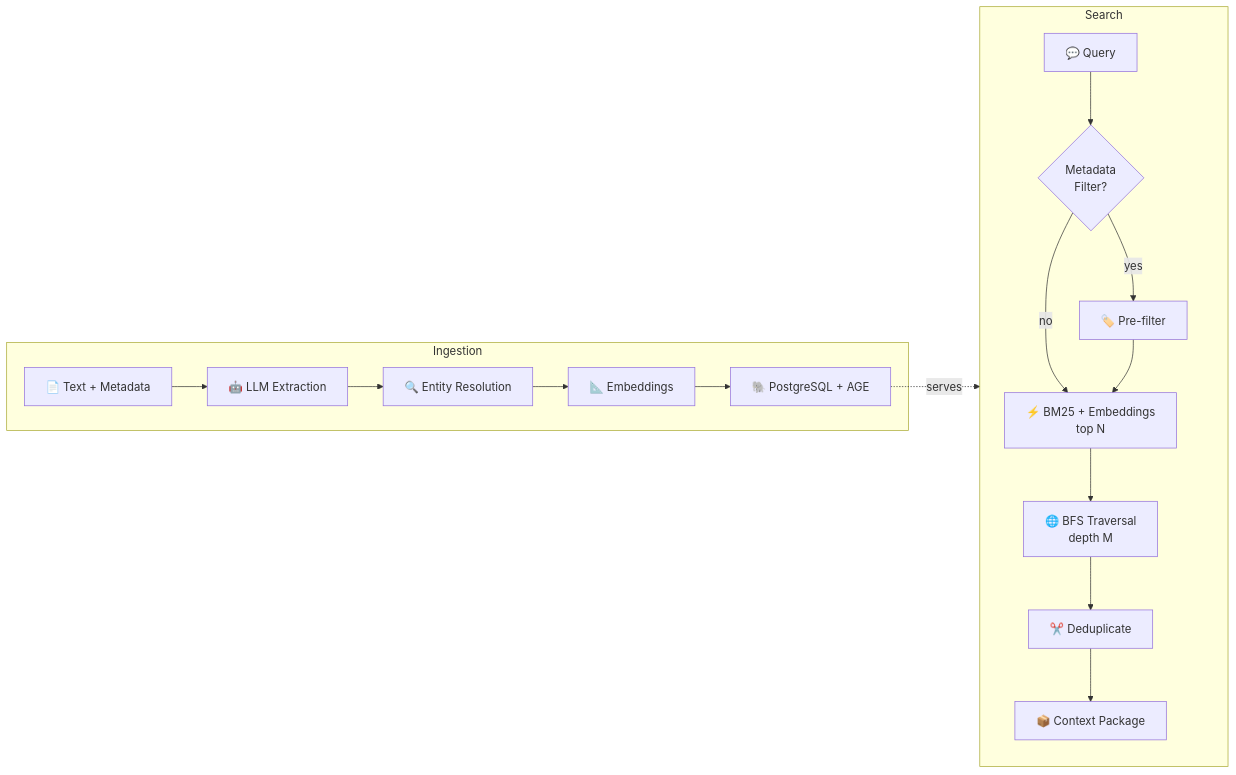
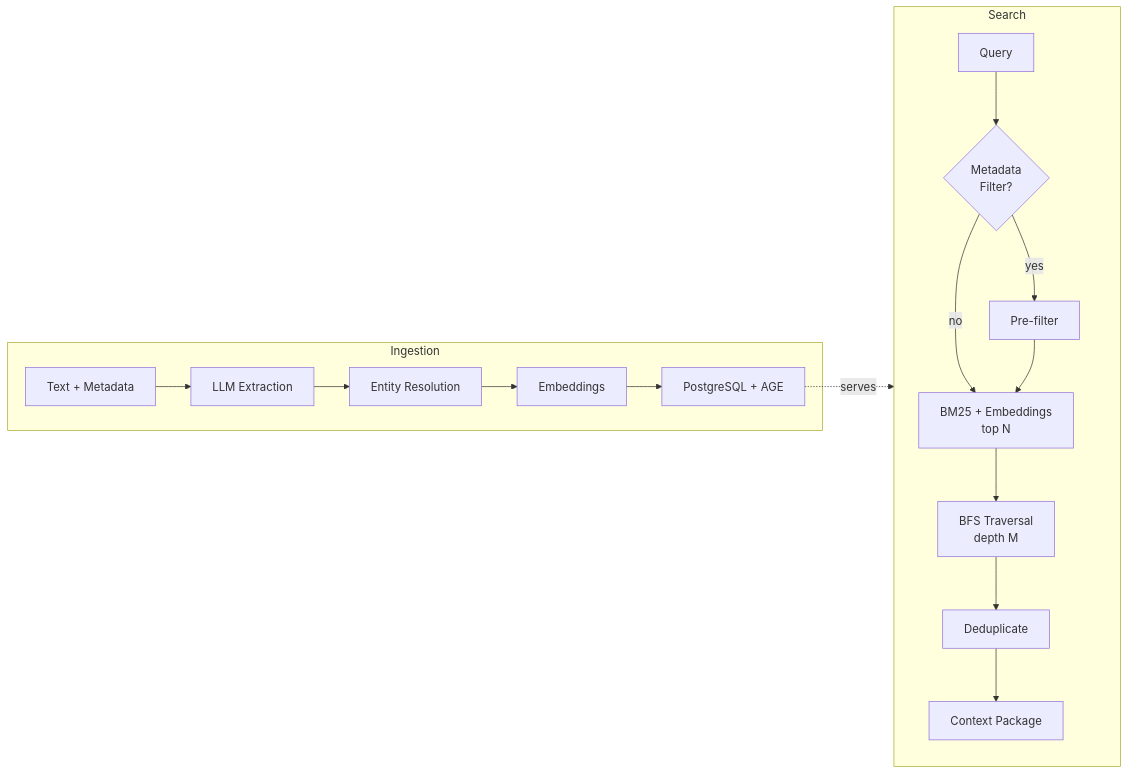
Before and after one commit to unifrancouni/depth-graph-search: the diagram in README.md, drawn with Mermaid. The commit also changed other lines of this file and 3 other files, not shown here.

````diff
--- a/README.md
+++ b/README.md
@@ -13,21 +152,21 @@
 ```mermaid
 graph LR
     subgraph Ingestion
-        T["📄 Text + Metadata"] --> LLM["🤖 LLM Extraction"]
-        LLM --> ER["🔍 Entity Resolution"]
-        ER --> EMB["📐 Embeddings"]
-        EMB --> PG["🐘 PostgreSQL + AGE"]
+        T["Text + Metadata"] --> LLM["LLM Extraction"]
+        LLM --> ER["Entity Resolution"]
+        ER --> EMB["Embeddings"]
+        EMB --> PG["PostgreSQL + AGE"]
     end
 
     subgraph Search
-        Q["💬 Query"] --> MF{"Metadata\nFilter?"}
-        MF -->|yes| PRE["🏷️ Pre-filter"]
+        Q["Query"] --> MF{"Metadata\nFilter?"}
+        MF -->|yes| PRE["Pre-filter"]
         MF -->|no| RAG
-        PRE --> RAG["⚡ BM25 + Embeddings\ntop N"]
-        RAG --> BFS["🌐 BFS Traversal\ndepth M"]
-        BFS --> DD["✂️ Deduplicate"]
-        DD --> OUT["📦 Context Package"]
+        PRE --> RAG["BM25 + Embeddings\ntop N"]
+        RAG --> BFS["BFS Traversal\ndepth M"]
+        BFS --> DD["Deduplicate"]
+        DD --> OUT["Context Package"]
     end
 
     PG -.->|"serves"| Search
 ```
````
